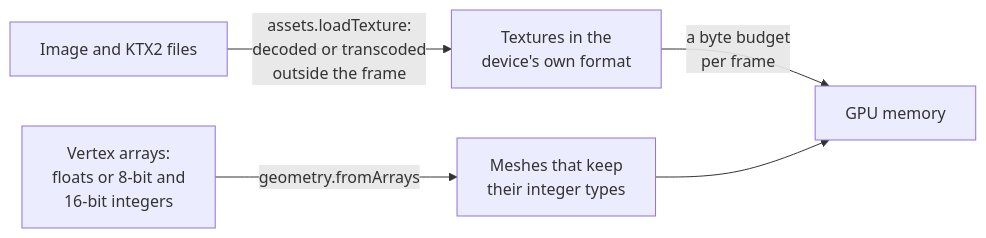
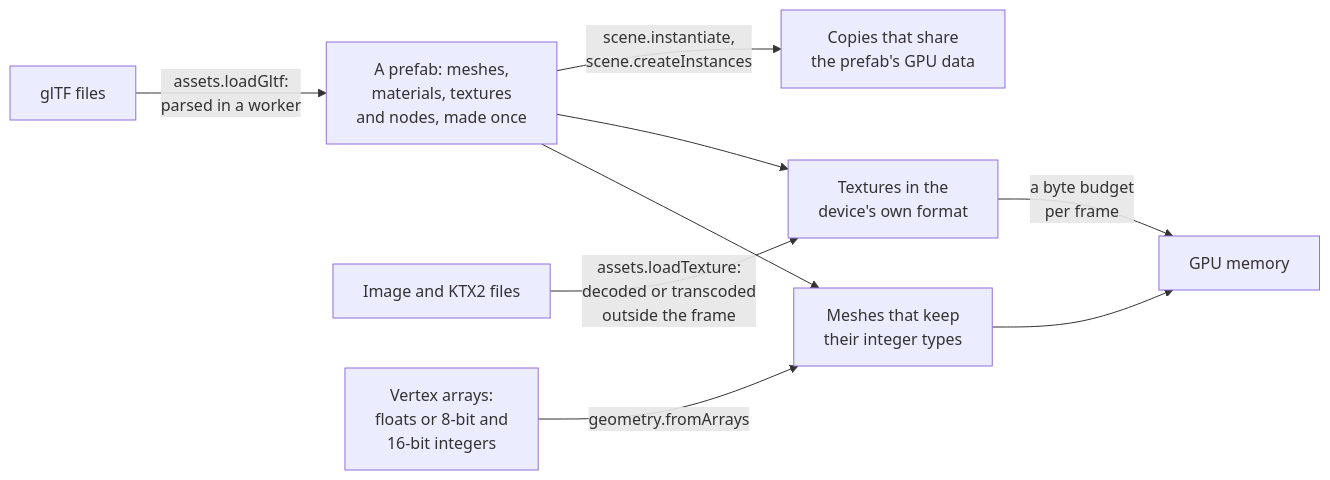
One commit to null3d-engine/null3d changed the diagram in docs/concepts/assets.md. Above: the diagram before and after it, drawn with Mermaid. The commit also changed other lines of this file and 126 other files, not shown here.

````diff
--- a/docs/concepts/assets.md
+++ b/docs/concepts/assets.md
@@ -13,7 +13,11 @@
 ```mermaid
 flowchart LR
+    gltf["glTF files"] -->|"assets.loadGltf:<br/>parsed in a worker"| prefab["A prefab: meshes,<br/>materials, textures<br/>and nodes, made once"]
+    prefab -->|"scene.instantiate,<br/>scene.createInstances"| copies["Copies that share<br/>the prefab's GPU data"]
     files["Image and KTX2 files"] -->|"assets.loadTexture:<br/>decoded or transcoded<br/>outside the frame"| textures["Textures in the<br/>device's own format"]
     arrays["Vertex arrays:<br/>floats or 8-bit and<br/>16-bit integers"] -->|"geometry.fromArrays"| meshes["Meshes that keep<br/>their integer types"]
+    prefab --> textures
+    prefab --> meshes
     textures -->|"a byte budget<br/>per frame"| gpu["GPU memory"]
     meshes --> gpu
 ```
````
